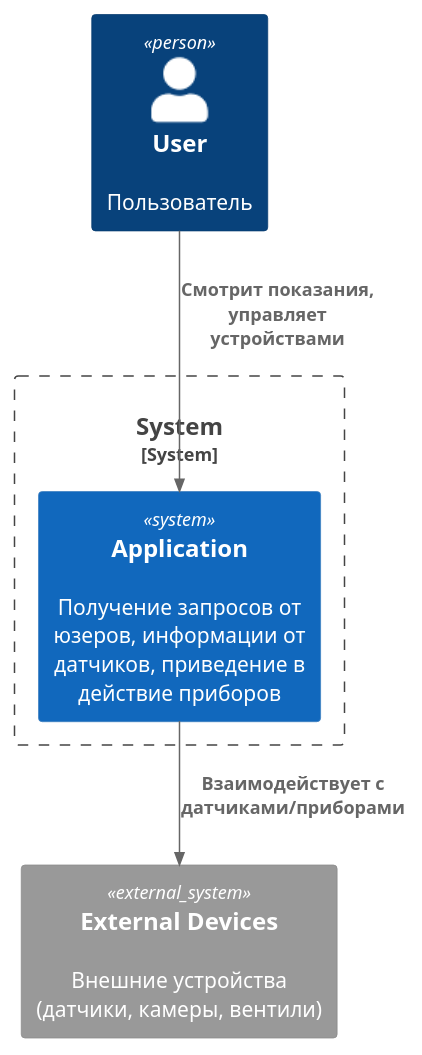
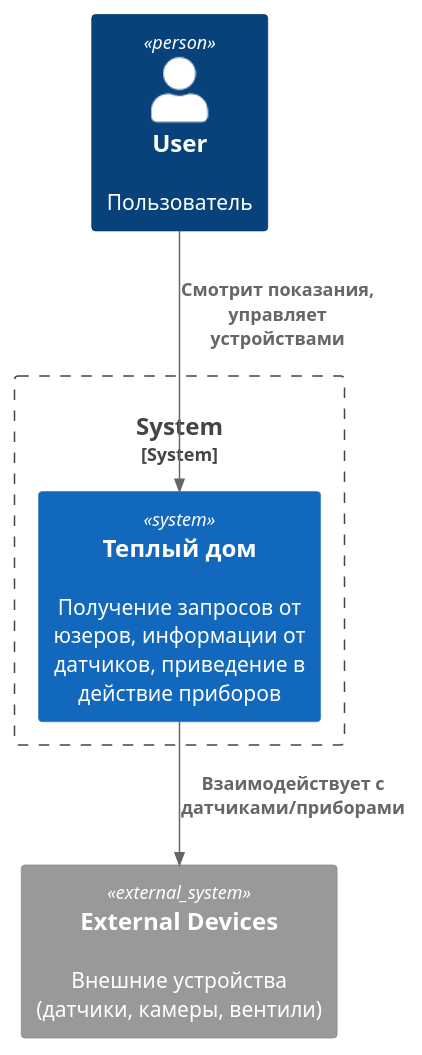
The diagram in diagrams/context.puml (kvrasuli/architecture-sprint-3), drawn with PlantUML before and after one commit. The commit also changed 5 other files, not shown here.

Commit message:
Fix diagrams

```diff
--- a/diagrams/context.puml
+++ b/diagrams/context.puml
@@ -1,13 +1,12 @@
 @startuml C4_Elements
 !include https://raw.githubusercontent.com/plantuml-stdlib/C4-PlantUML/master/C4_Context.puml
 
 Person(userAlias, User, 'Пользователь')
 System_Boundary(system, 'System') {
-    System(systemAlias, Application, 'Получение запросов от юзеров, информации от датчиков, приведение в действие приборов')
+    System(systemAlias, Теплый дом, 'Получение запросов от юзеров, информации от датчиков, приведение в действие приборов')
 }
 System_Ext(extDevicesAlias, External Devices, 'Внешние устройства (датчики, камеры, вентили)')
-
 
 Rel(userAlias, systemAlias, "Смотрит показания, управляет устройствами")
 Rel(systemAlias, extDevicesAlias, "Взаимодействует с датчиками/приборами")
 @enduml
```
